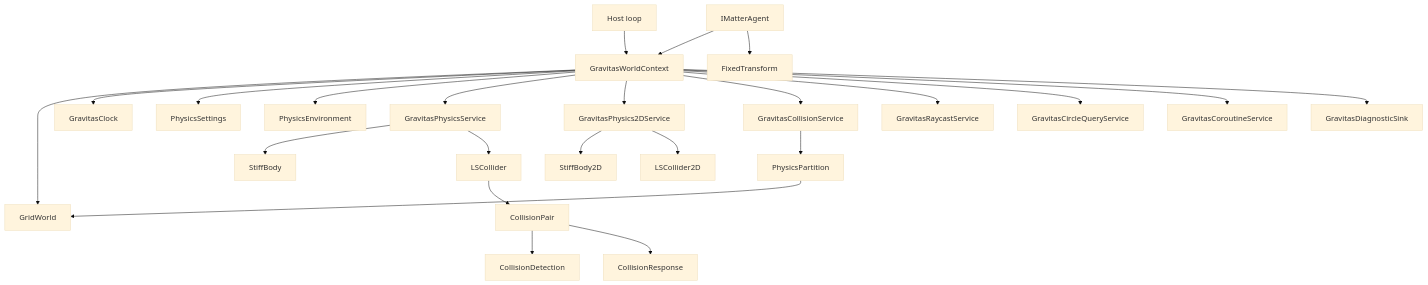
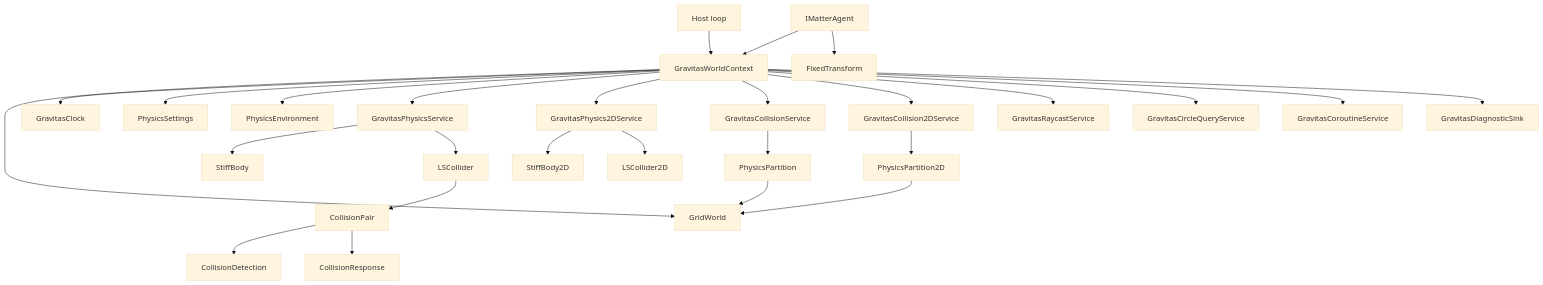
The diagram in docs/wiki/OVERVIEW.md (mrdav30/Gravitas), drawn with Mermaid (base theme) before and after one commit. The commit also changed other lines of this file and 21 other files, not shown here.

````diff
--- a/docs/wiki/OVERVIEW.md
+++ b/docs/wiki/OVERVIEW.md
@@ -54,26 +54,29 @@
 ```mermaid
 flowchart TD
     Host["Host loop"] --> Context["GravitasWorldContext"]
     Context --> World["GridWorld"]
     Context --> Clock["GravitasClock"]
     Context --> Settings["PhysicsSettings"]
     Context --> Environment["PhysicsEnvironment"]
     Context --> Physics["GravitasPhysicsService"]
     Context --> Physics2D["GravitasPhysics2DService"]
     Context --> Collisions["GravitasCollisionService"]
+    Context --> Collisions2D["GravitasCollision2DService"]
     Context --> Raycasts["GravitasRaycastService"]
     Context --> CircleQueries["GravitasCircleQueryService"]
     Context --> Coroutines["GravitasCoroutineService"]
     Context --> Diagnostics["GravitasDiagnosticSink"]
     Agent["IMatterAgent"] --> Context
     Agent --> Transform["FixedTransform"]
     Physics --> Body["StiffBody"]
     Physics --> Collider["LSCollider"]
     Physics2D --> Body2D["StiffBody2D"]
     Physics2D --> Collider2D["LSCollider2D"]
     Collisions --> Partition["PhysicsPartition"]
+    Collisions2D --> Partition2D["PhysicsPartition2D"]
     Partition --> World
+    Partition2D --> World
     Collider --> Pair["CollisionPair"]
     Pair --> Detection["CollisionDetection"]
     Pair --> Response["CollisionResponse"]
 ```
````
